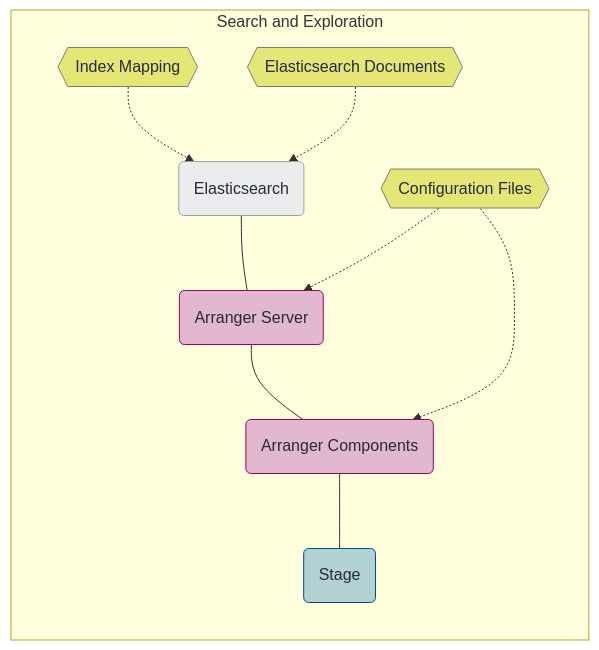
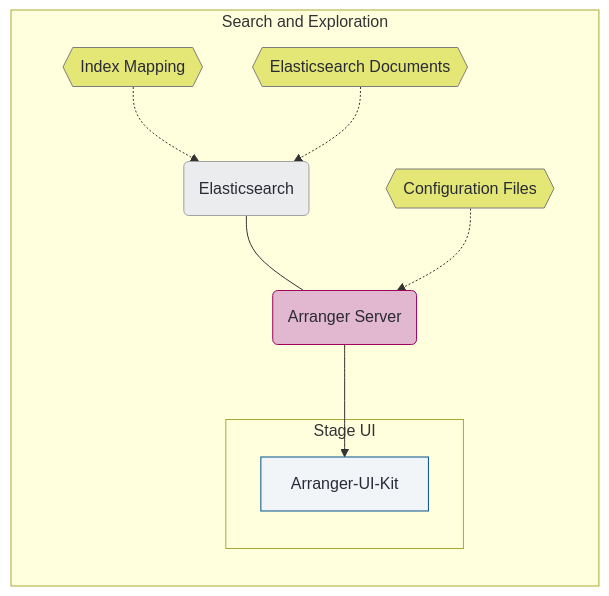
The diagram in docs/02-Setup.md (overture-stack/arranger), drawn with Mermaid before and after one commit. The commit also changed other lines of this file and 2 other files, not shown here.

````diff
--- a/docs/02-Setup.md
+++ b/docs/02-Setup.md
@@ -21,37 +21,36 @@
     ```mermaid
     graph LR
         %% Define nodes
         Elasticsearch(Elasticsearch)
         Arranger-server(Arranger Server)
-        Arranger-components(Arranger Components)
-        Stage(Stage)
         ArrangerConfigs{{Configuration Files}}
         IndexMapping{{Index Mapping}}
         ElasticsearchDocuments{{Elasticsearch Documents}}
 
 
         %% Search & Exploration
         subgraph Search and Exploration
             Elasticsearch --- Arranger-server
-            Arranger-server --- Arranger-components
-            Arranger-components --- Stage
+            Arranger-server --> Arranger-UI-Kit
+            subgraph Stage UI
+            Arranger-UI-Kit
+            end
             IndexMapping -.-> Elasticsearch
             ElasticsearchDocuments -.-> Elasticsearch
-            ArrangerConfigs -.-> Arranger-components
             ArrangerConfigs -.-> Arranger-server
         end
 
 
         %% Styling
         classDef default fill:#F2F5F8,stroke:#04518c,color:#282A35;
         classDef service fill:#0669b64e,stroke:#03497e,color:#282A35;
         classDef thirdParty fill:#ebeced,stroke:#a1a1a1,color:#282A35;
         classDef local fill:#E2B7D0,stroke:#9E005D,color:#282A35;
         classDef configs fill:#E4E775,stroke:#7D7D7D,color:#282A35; 
 
         class Arranger-components,Arranger-server local;
         class Stage service;
         class Elasticsearch thirdParty;
         class ElasticsearchDocuments,ArrangerConfigs,IndexMapping,OvertureAPIKeyProvider configs;
 
     ```
````
